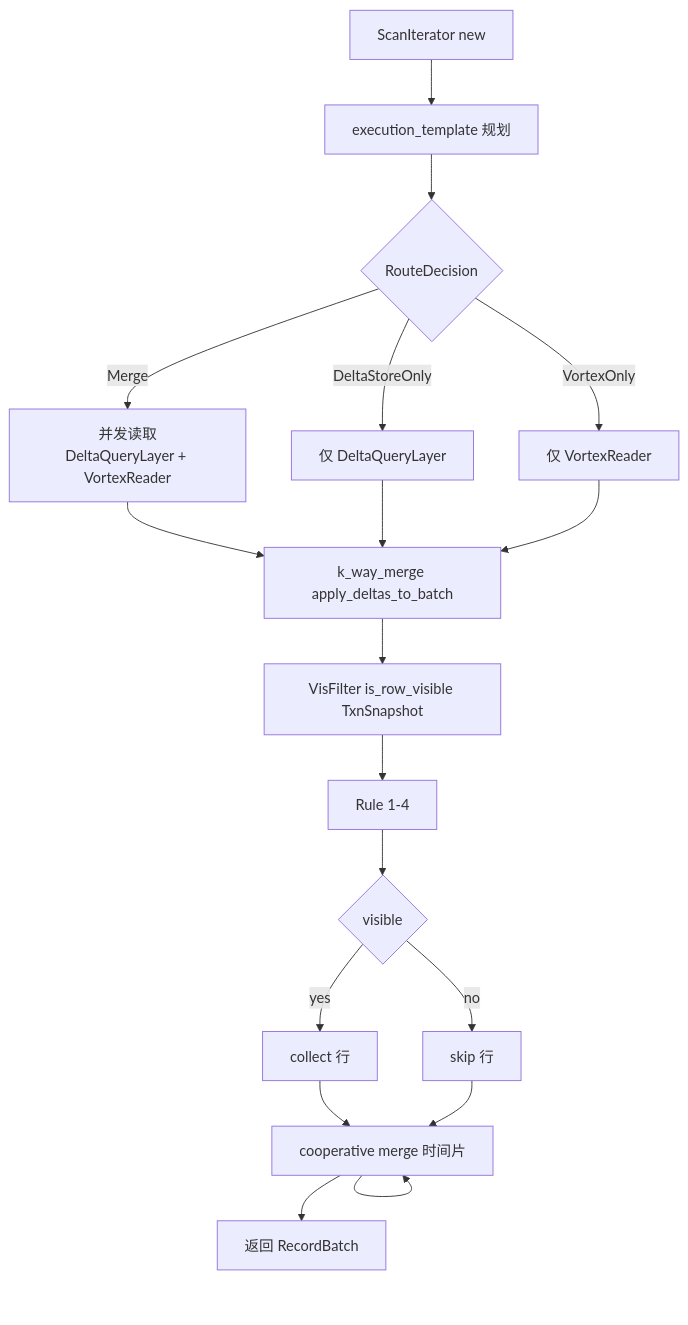
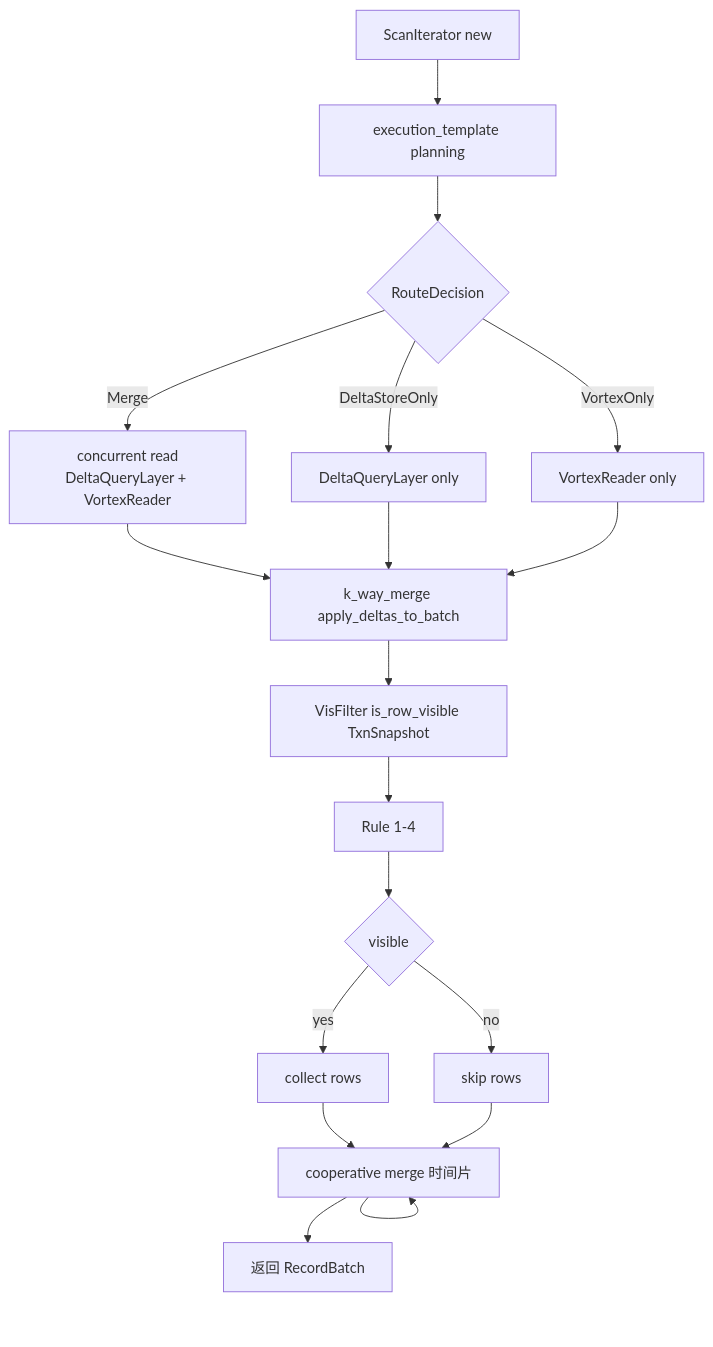
Before and after one commit to qianzii2/rockduck: diagram 27 of 38 in README.md, drawn with Mermaid. The commit also changed other lines of this file, not shown here.

````diff
--- a/README.md
+++ b/README.md
@@ -660,22 +661,22 @@
 ```mermaid
 flowchart TB
     A["ScanIterator new"]
-    B["execution_template 规划"]
+    B["execution_template planning"]
     C{"RouteDecision"}
-    C -->|"Merge"| D["并发读取<br/>DeltaQueryLayer + VortexReader"]
-    C -->|"DeltaStoreOnly"| E["仅 DeltaQueryLayer"]
-    C -->|"VortexOnly"| F["仅 VortexReader"]
+    C -->|"Merge"| D["concurrent read<br/>DeltaQueryLayer + VortexReader"]
+    C -->|"DeltaStoreOnly"| E["DeltaQueryLayer only"]
+    C -->|"VortexOnly"| F["VortexReader only"]
     D --> G["k_way_merge apply_deltas_to_batch"]
     E --> G
     F --> G
     G --> H["VisFilter is_row_visible TxnSnapshot"]
     H --> I["Rule 1-4"]
     I --> J{"visible"}
-    J -->|yes| K["collect 行"]
-    J -->|no| L["skip 行"]
+    J -->|yes| K["collect rows"]
+    J -->|no| L["skip rows"]
     K --> M["cooperative merge 时间片"]
     L --> M
     M --> M
     M --> N["返回 RecordBatch"]
     A --> B --> C
 ```
````
